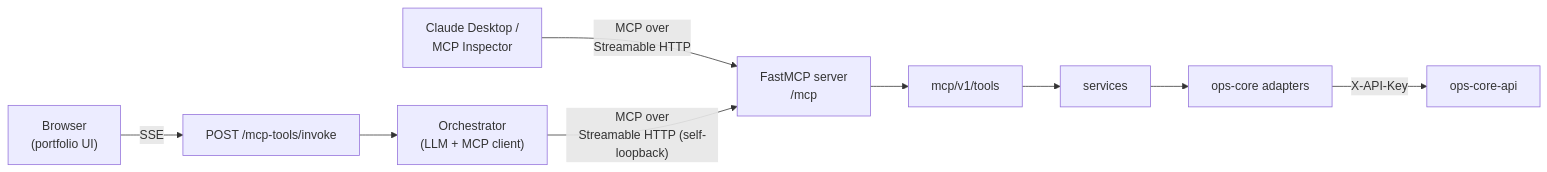
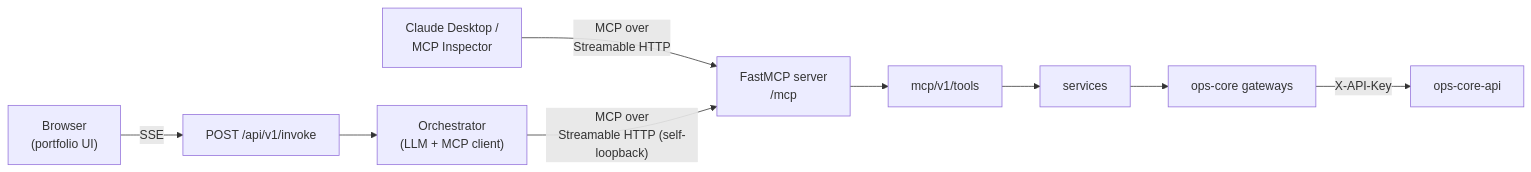
Before and after one commit to upkero/mcp-ops-agent: the diagram in README.md, drawn with Mermaid. The commit also changed other lines of this file, not shown here.

Commit message:
docs(readme): correct the ports and endpoints and frame /mcp as a localhost surface

````diff
--- a/README.md
+++ b/README.md
@@ -36,11 +35,11 @@
 ```mermaid
 flowchart LR
   CD["Claude Desktop /<br/>MCP Inspector"] -- "MCP over<br/>Streamable HTTP" --> MCP
-  BR["Browser<br/>(portfolio UI)"] -- "SSE" --> API["POST /mcp-tools/invoke"]
+  BR["Browser<br/>(portfolio UI)"] -- "SSE" --> API["POST /api/v1/invoke"]
   API --> ORC["Orchestrator<br/>(LLM + MCP client)"]
   ORC -- "MCP over<br/>Streamable HTTP (self-loopback)" --> MCP["FastMCP server<br/>/mcp"]
   MCP --> TOOLS["mcp/v1/tools"]
   TOOLS --> SVC["services"]
-  SVC --> REPO["ops-core adapters"]
-  REPO -- "X-API-Key" --> CORE["ops-core-api"]
+  SVC --> GW["ops-core gateways"]
+  GW -- "X-API-Key" --> CORE["ops-core-api"]
 ```
````
